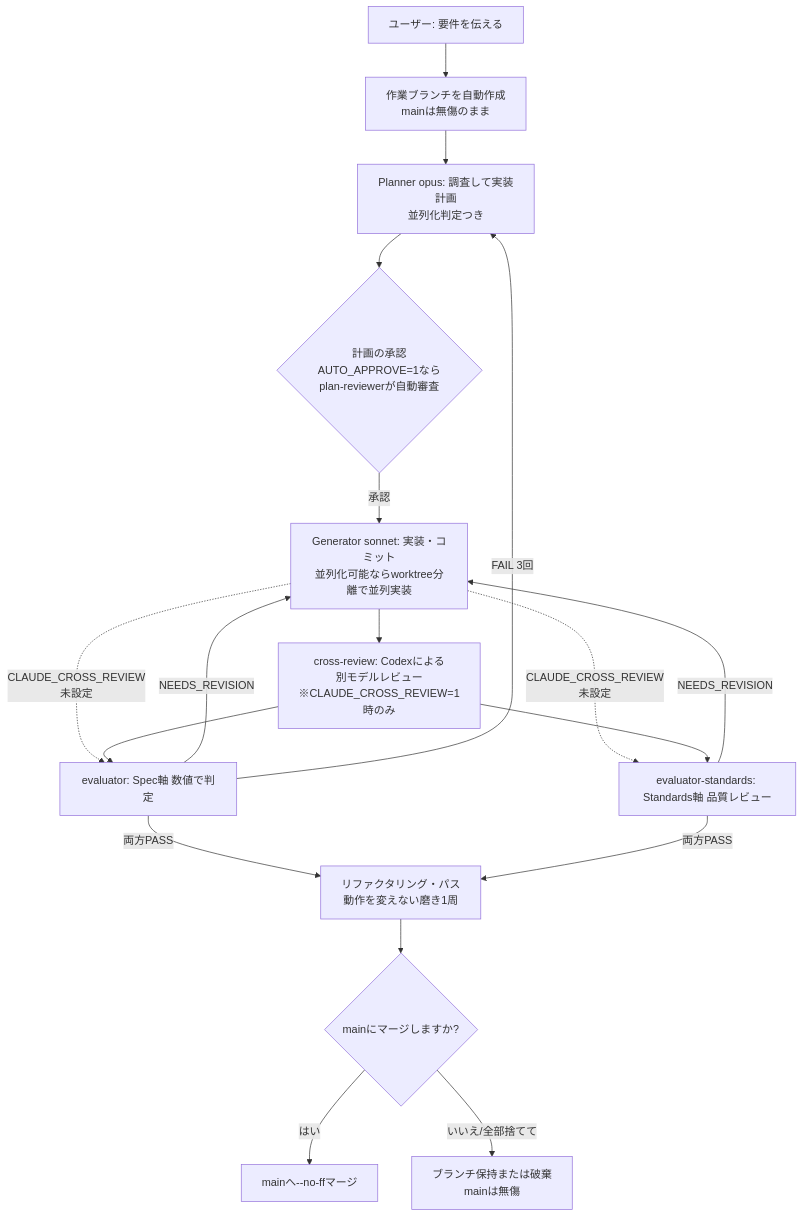
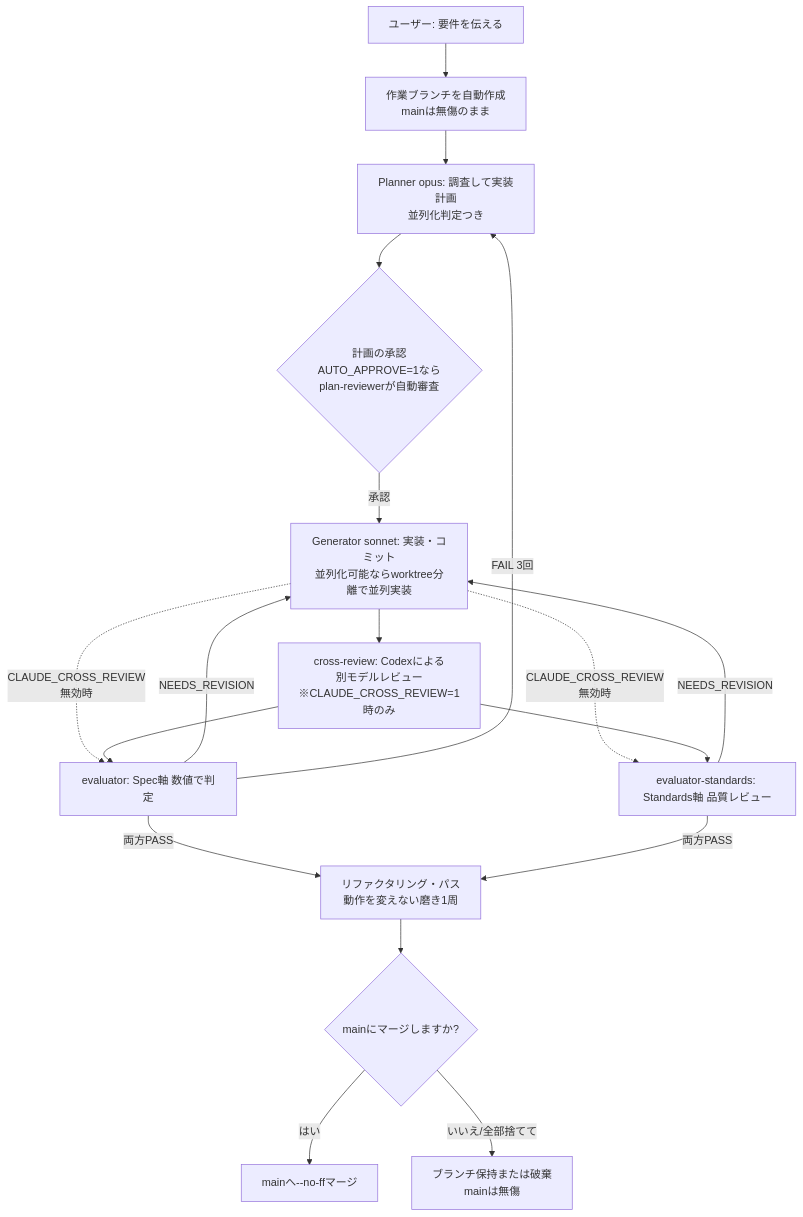
One commit to takayoshitoyoda05/claude-ml-template changed the first of 2 diagrams in README.md. Above: the diagram before and after it, drawn with Mermaid.

Commit message:
docs: 図の迂回ラベルを「無効時」に(=0と未設定の両方を正しく含む表現)

````diff
--- a/README.md
+++ b/README.md
@@ -7,18 +7,18 @@
 ```mermaid
 flowchart TD
     A[ユーザー: 要件を伝える] --> BR[作業ブランチを自動作成<br>mainは無傷のまま]
     BR --> B[Planner opus: 調査して実装計画<br>並列化判定つき]
     B --> C{計画の承認<br>AUTO_APPROVE=1ならplan-reviewerが自動審査}
     C -->|承認| D[Generator sonnet: 実装・コミット<br>並列化可能ならworktree分離で並列実装]
     D --> X[cross-review: Codexによる<br>別モデルレビュー<br>※CLAUDE_CROSS_REVIEW=1時のみ]
-    D -.->|CLAUDE_CROSS_REVIEW未設定| E
-    D -.->|CLAUDE_CROSS_REVIEW未設定| F
+    D -.->|CLAUDE_CROSS_REVIEW無効時| E
+    D -.->|CLAUDE_CROSS_REVIEW無効時| F
     X --> E[evaluator: Spec軸 数値で判定]
     X --> F[evaluator-standards: Standards軸 品質レビュー]
     E & F -->|両方PASS| P[リファクタリング・パス<br>動作を変えない磨き1周]
     E & F -->|NEEDS_REVISION| D
     E -->|FAIL 3回| B
     P --> M{mainにマージしますか?}
     M -->|はい| G[mainへ--no-ffマージ]
     M -->|いいえ/全部捨てて| K[ブランチ保持または破棄<br>mainは無傷]
 ```
````
